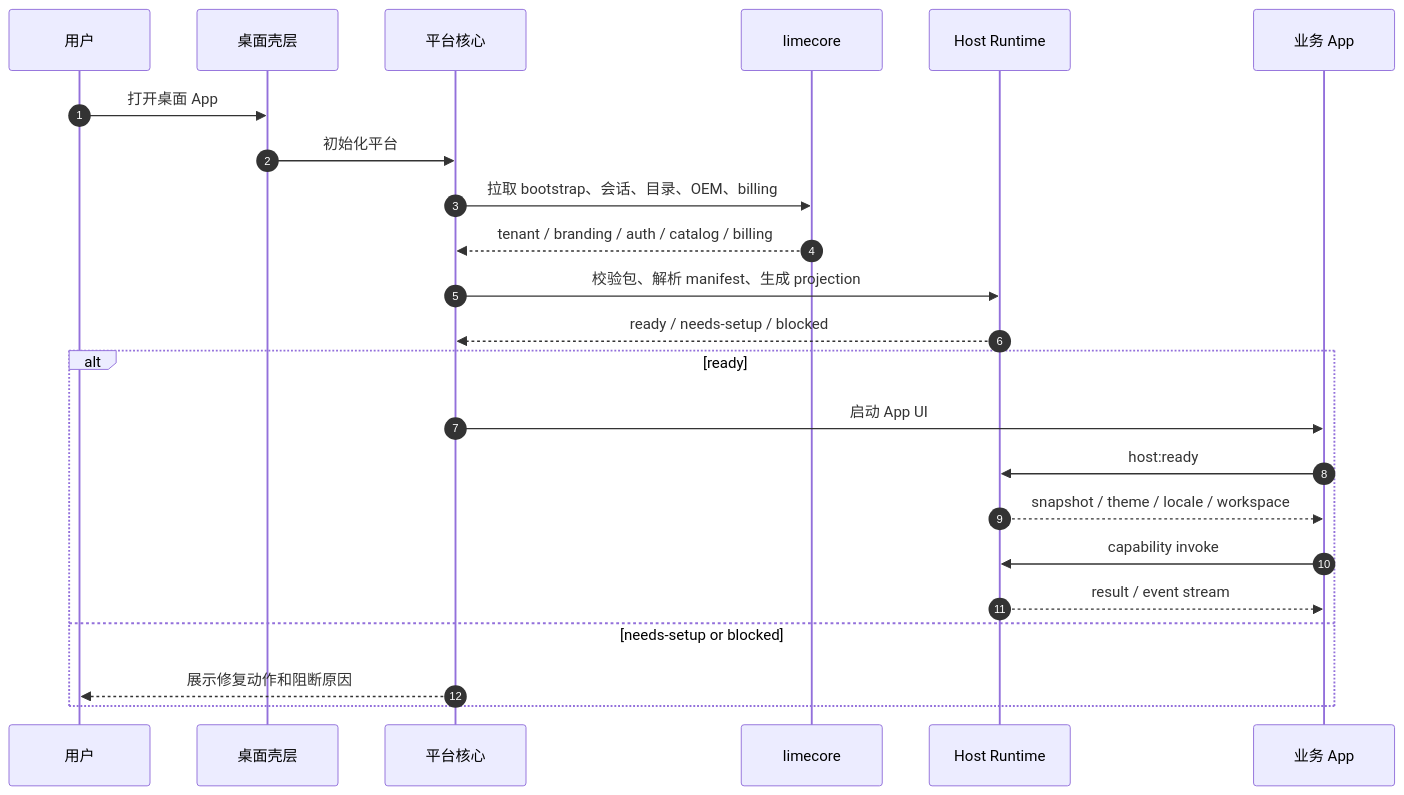
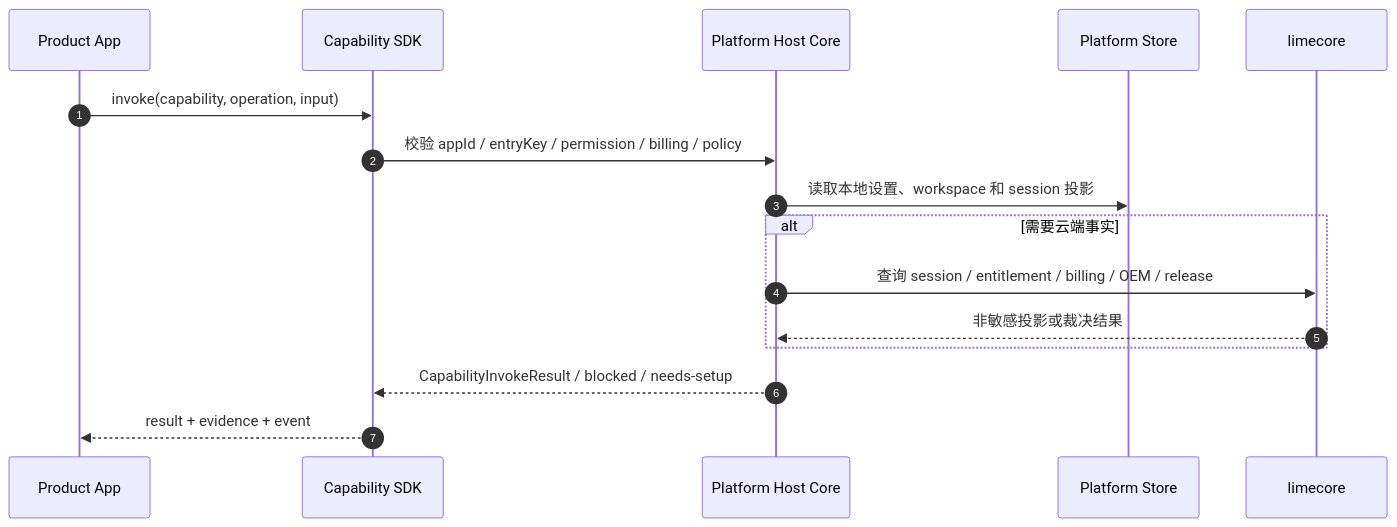
The ninth of 20 diagrams in docs/v1/architecture-diagrams.md (limecloud/lime-desktop-platform), drawn with Mermaid before and after one commit. The commit also changed other lines of this file and 85 other files, not shown here.

Commit message:
chore: release desktop platform v0.1.3

````diff
--- a/docs/v1/architecture-diagrams.md
+++ b/docs/v1/architecture-diagrams.md
@@ -147,27 +295,19 @@
 ```mermaid
 sequenceDiagram
   autonumber
-  participant User as 用户
-  participant Shell as 桌面壳层
-  participant Core as 平台核心
+  participant App as Product App
+  participant SDK as Capability SDK
+  participant Core as Platform Host Core
+  participant Store as Platform Store
   participant Cloud as limecore
-  participant Host as Host Runtime
-  participant App as 业务 App
 
-  User->>Shell: 打开桌面 App
-  Shell->>Core: 初始化平台
-  Core->>Cloud: 拉取 bootstrap、会话、目录、OEM、billing
-  Cloud-->>Core: tenant / branding / auth / catalog / billing
-  Core->>Host: 校验包、解析 manifest、生成 projection
-  Host-->>Core: ready / needs-setup / blocked
-
-  alt ready
-    Core->>App: 启动 App UI
-    App->>Host: host:ready
-    Host-->>App: snapshot / theme / locale / workspace
-    App->>Host: capability invoke
-    Host-->>App: result / event stream
-  else needs-setup or blocked
-    Core-->>User: 展示修复动作和阻断原因
+  App->>SDK: invoke(capability, operation, input)
+  SDK->>Core: 校验 appId / entryKey / permission / billing / policy
+  Core->>Store: 读取本地设置、workspace 和 session 投影
+  alt 需要云端事实
+    Core->>Cloud: 查询 session / entitlement / billing / OEM / release
+    Cloud-->>Core: 非敏感投影或裁决结果
   end
+  Core-->>SDK: CapabilityInvokeResult / blocked / needs-setup
+  SDK-->>App: result + evidence + event
 ```
````
